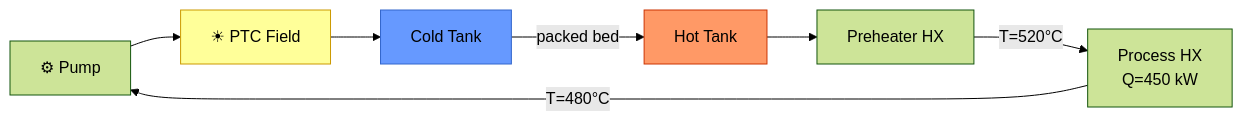
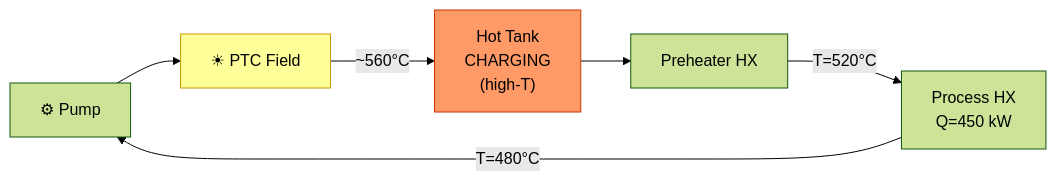
One commit to iwolde/pbtes-sim changed diagram 14 of 17 in .planning/PLANT_LAYOUTS_AND_MODES.md. Above: the diagram before and after it, drawn with Mermaid (forest theme). The commit also changed other lines of this file and 1 other file, not shown here.

Commit message:
docs: Redesign 2-tank direct config with parallel discharge mixing valve

````diff
--- a/.planning/PLANT_LAYOUTS_AND_MODES.md
+++ b/.planning/PLANT_LAYOUTS_AND_MODES.md
@@ -472,13 +497,11 @@
 ```mermaid
 graph LR
     P1["⚙ Pump"] --> PTC["☀ PTC Field"]
-    PTC --> CT["Cold Tank"]
-    CT -->|"packed bed"| HT["Hot Tank"]
+    PTC -->|"~560°C"| HT["Hot Tank<br/>CHARGING<br/>(high-T)"]
     HT --> PH["Preheater HX"]
     PH -->|"T=520°C"| PR["Process HX<br/>Q=450 kW"]
     PR -->|"T=480°C"| P1
 
     style PTC fill:#ff9,stroke:#c90
-    style CT fill:#69f,stroke:#36c
     style HT fill:#f96,stroke:#c30
 ```
````
